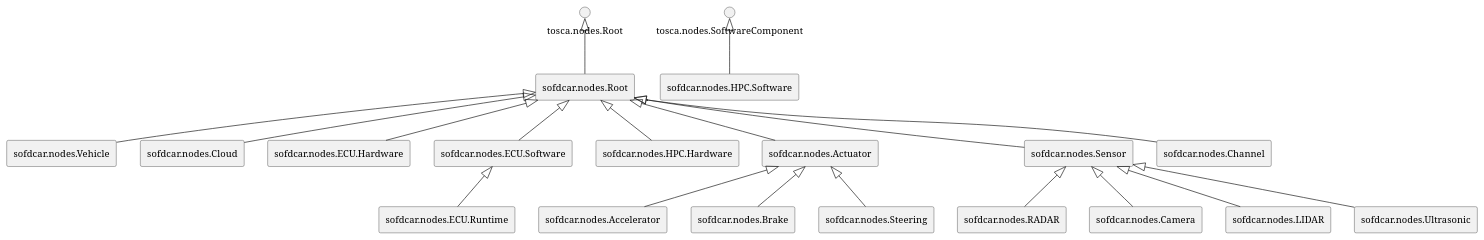
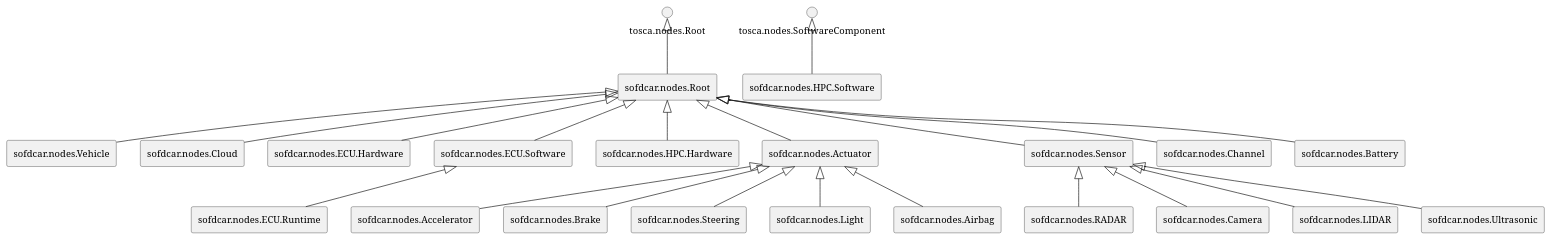
Before and after one commit to OpenTOSCA/opentosca-vintner: the diagram in docs/docs/sofdcar/tosca-sofdcar-profile-core.node-types.puml, drawn with PlantUML. The commit also changed 11 other files, not shown here.

```diff
--- a/docs/docs/sofdcar/tosca-sofdcar-profile-core.node-types.puml
+++ b/docs/docs/sofdcar/tosca-sofdcar-profile-core.node-types.puml
@@ -1,78 +1,90 @@
 @startuml
 skinparam componentStyle rectangle
 
 
 rectangle "sofdcar.nodes.Root"
 
 rectangle "sofdcar.nodes.Vehicle"
 
 rectangle "sofdcar.nodes.Cloud"
 
 rectangle "sofdcar.nodes.ECU.Hardware"
 
 rectangle "sofdcar.nodes.ECU.Software"
 
 rectangle "sofdcar.nodes.ECU.Runtime"
 
 rectangle "sofdcar.nodes.HPC.Software"
 
 rectangle "sofdcar.nodes.HPC.Hardware"
 
 rectangle "sofdcar.nodes.Actuator"
 
 rectangle "sofdcar.nodes.Accelerator"
 
 rectangle "sofdcar.nodes.Brake"
 
 rectangle "sofdcar.nodes.Steering"
 
+rectangle "sofdcar.nodes.Light"
+
+rectangle "sofdcar.nodes.Airbag"
+
 rectangle "sofdcar.nodes.Sensor"
 
 rectangle "sofdcar.nodes.RADAR"
 
 rectangle "sofdcar.nodes.Camera"
 
 rectangle "sofdcar.nodes.LIDAR"
 
 rectangle "sofdcar.nodes.Ultrasonic"
 
 rectangle "sofdcar.nodes.Channel"
+
+rectangle "sofdcar.nodes.Battery"
 
 
 "tosca.nodes.Root" <|-- "sofdcar.nodes.Root"
 
 "sofdcar.nodes.Root" <|-- "sofdcar.nodes.Vehicle"
 
 "sofdcar.nodes.Root" <|-- "sofdcar.nodes.Cloud"
 
 "sofdcar.nodes.Root" <|-- "sofdcar.nodes.ECU.Hardware"
 
 "sofdcar.nodes.Root" <|-- "sofdcar.nodes.ECU.Software"
 
 "sofdcar.nodes.ECU.Software" <|-- "sofdcar.nodes.ECU.Runtime"
 
 "tosca.nodes.SoftwareComponent" <|-- "sofdcar.nodes.HPC.Software"
 
 "sofdcar.nodes.Root" <|-- "sofdcar.nodes.HPC.Hardware"
 
 "sofdcar.nodes.Root" <|-- "sofdcar.nodes.Actuator"
 
 "sofdcar.nodes.Actuator" <|-- "sofdcar.nodes.Accelerator"
 
 "sofdcar.nodes.Actuator" <|-- "sofdcar.nodes.Brake"
 
 "sofdcar.nodes.Actuator" <|-- "sofdcar.nodes.Steering"
 
+"sofdcar.nodes.Actuator" <|-- "sofdcar.nodes.Light"
+
+"sofdcar.nodes.Actuator" <|-- "sofdcar.nodes.Airbag"
+
 "sofdcar.nodes.Root" <|-- "sofdcar.nodes.Sensor"
 
 "sofdcar.nodes.Sensor" <|-- "sofdcar.nodes.RADAR"
 
 "sofdcar.nodes.Sensor" <|-- "sofdcar.nodes.Camera"
 
 "sofdcar.nodes.Sensor" <|-- "sofdcar.nodes.LIDAR"
 
 "sofdcar.nodes.Sensor" <|-- "sofdcar.nodes.Ultrasonic"
 
 "sofdcar.nodes.Root" <|-- "sofdcar.nodes.Channel"
 
+"sofdcar.nodes.Root" <|-- "sofdcar.nodes.Battery"
+
 @enduml
```
